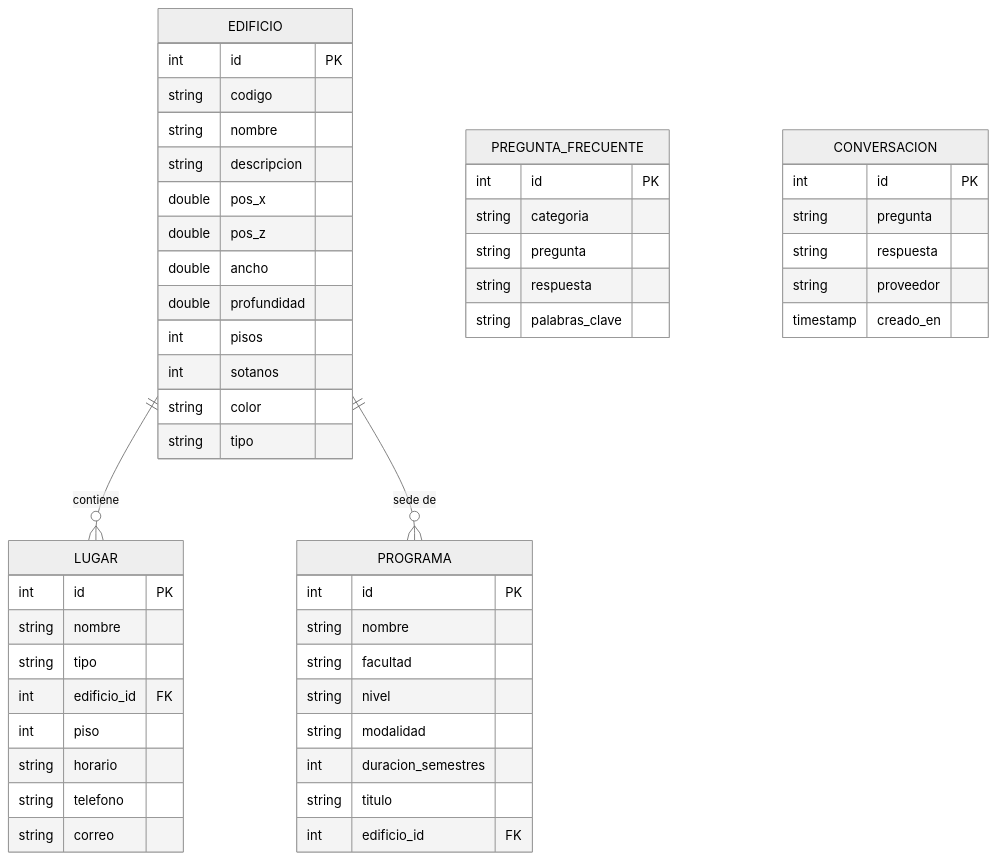
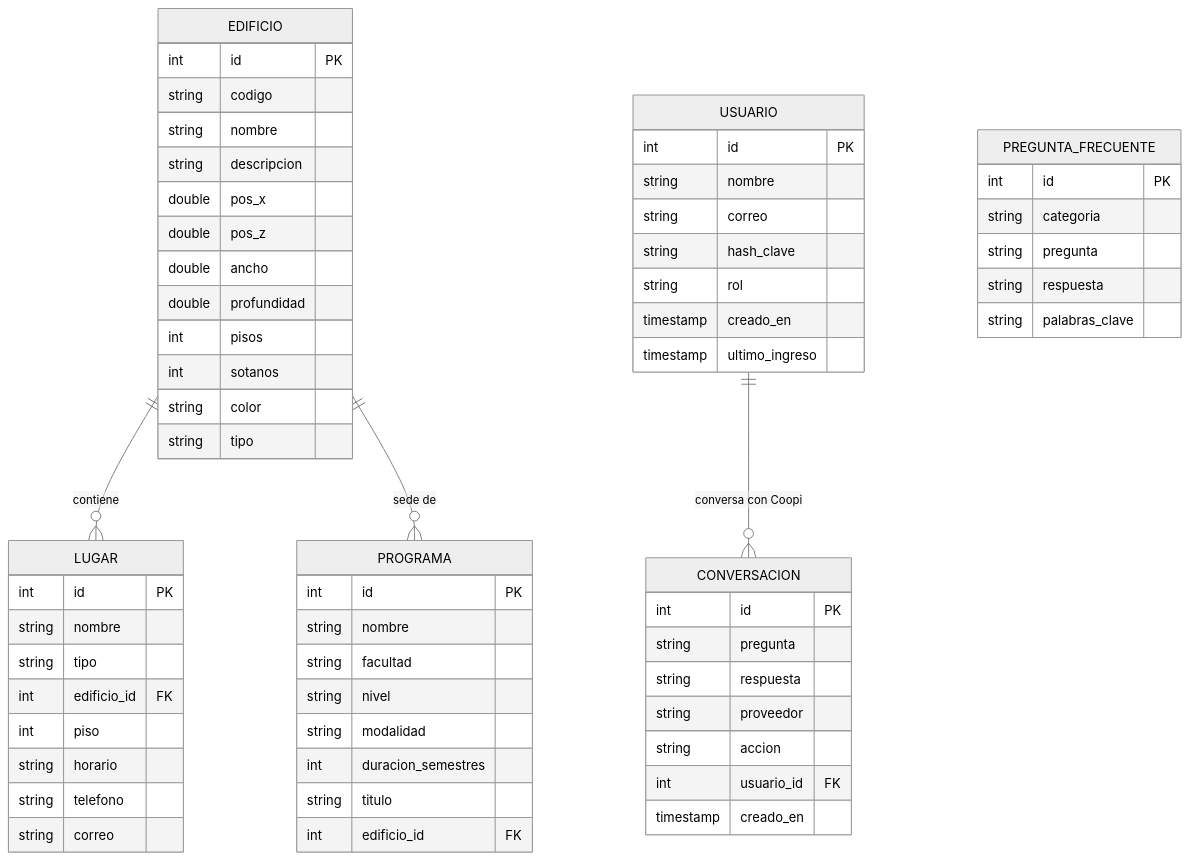
One commit to laurameza7/BASE-DATOS-3D- changed the diagram in diagrama/modelo-er.md. Above: the diagram before and after it, drawn with Mermaid (neutral theme). The commit also changed 2 other files, not shown here.

Commit message:
Base de datos: tabla de usuarios y conversaciones asociadas a cada usuario

````diff
--- a/diagrama/modelo-er.md
+++ b/diagrama/modelo-er.md
@@ -3,53 +3,65 @@
 ```mermaid
 erDiagram
     EDIFICIO ||--o{ LUGAR : contiene
     EDIFICIO ||--o{ PROGRAMA : "sede de"
+    USUARIO ||--o{ CONVERSACION : "conversa con Coopi"
     EDIFICIO {
         int id PK
         string codigo
         string nombre
         string descripcion
         double pos_x
         double pos_z
         double ancho
         double profundidad
         int pisos
         int sotanos
         string color
         string tipo
     }
     LUGAR {
         int id PK
         string nombre
         string tipo
         int edificio_id FK
         int piso
         string horario
         string telefono
         string correo
     }
     PROGRAMA {
         int id PK
         string nombre
         string facultad
         string nivel
         string modalidad
         int duracion_semestres
         string titulo
         int edificio_id FK
     }
     PREGUNTA_FRECUENTE {
         int id PK
         string categoria
         string pregunta
         string respuesta
         string palabras_clave
     }
+    USUARIO {
+        int id PK
+        string nombre
+        string correo
+        string hash_clave
+        string rol
+        timestamp creado_en
+        timestamp ultimo_ingreso
+    }
     CONVERSACION {
         int id PK
         string pregunta
         string respuesta
         string proveedor
+        string accion
+        int usuario_id FK
         timestamp creado_en
     }
 ```
````
